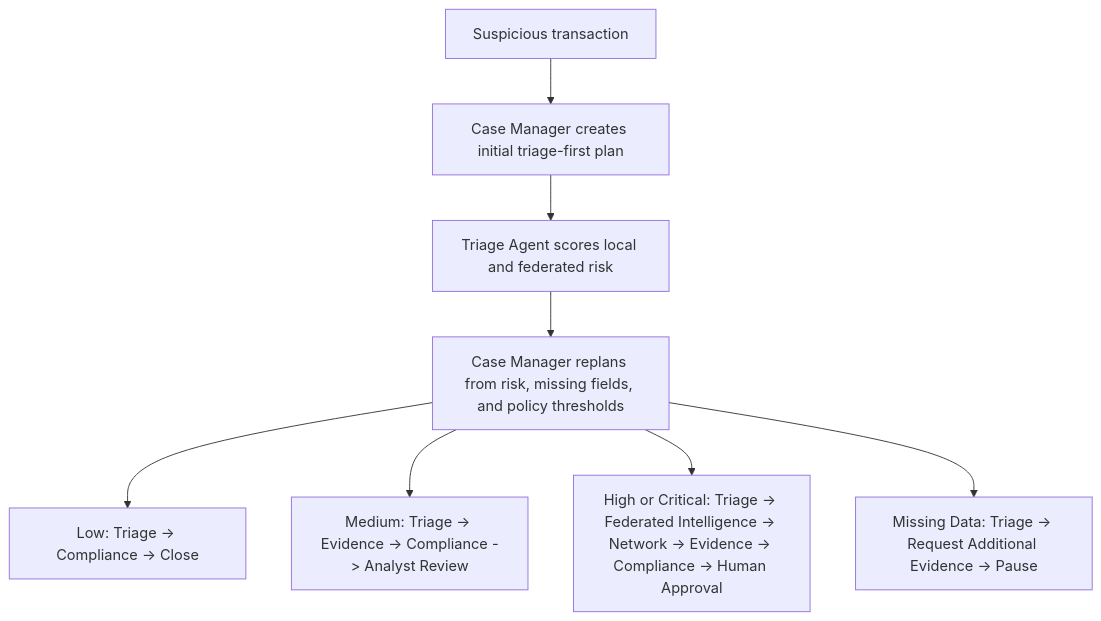
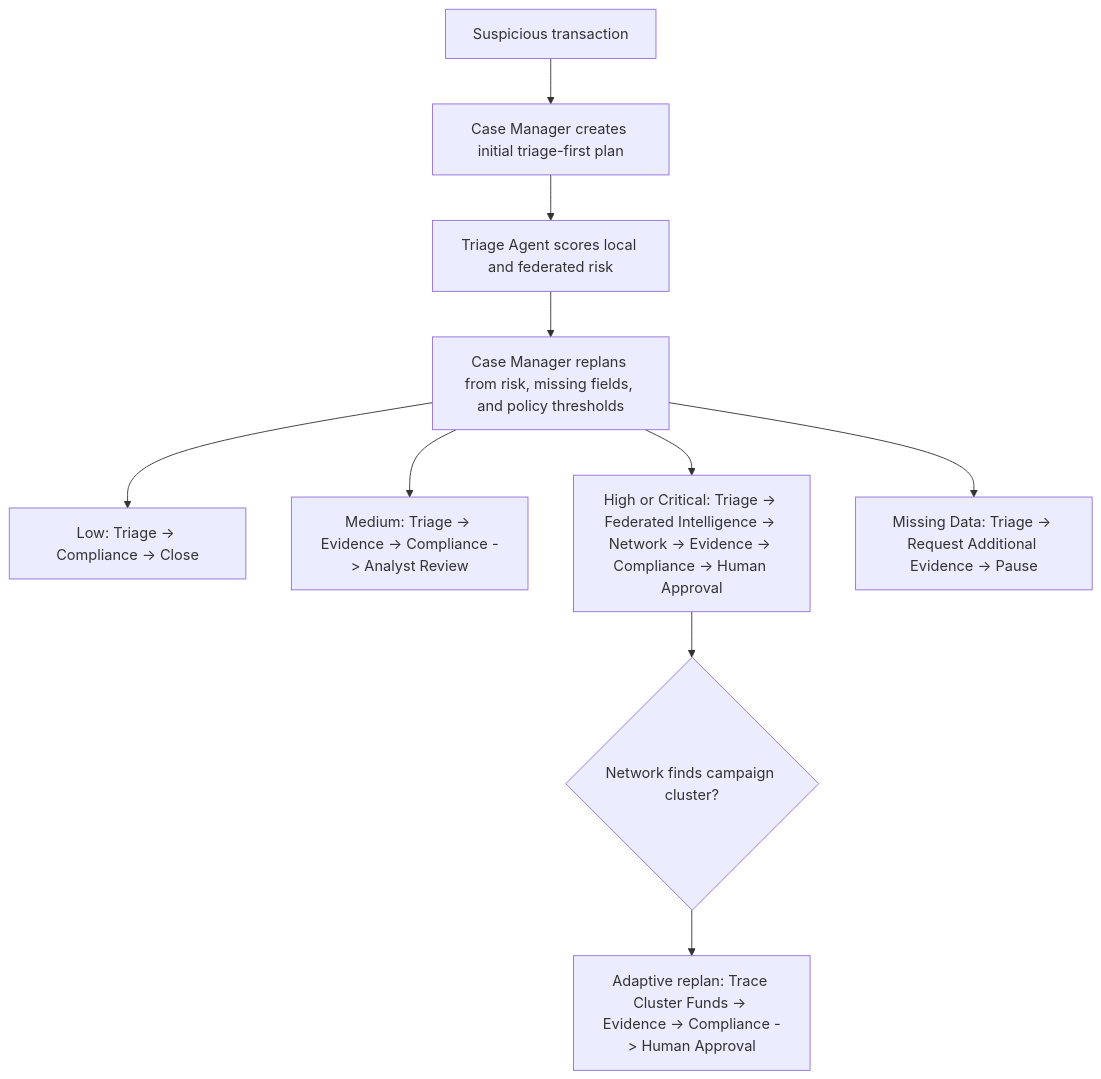
One commit to Kanghyeon5468/Tracelayer changed the second of 4 diagrams in docs/architecture.md. Above: the diagram before and after it, drawn with Mermaid. The commit also changed other lines of this file and 13 other files, not shown here.

````diff
--- a/docs/architecture.md
+++ b/docs/architecture.md
@@ -36,10 +36,12 @@
 ```mermaid
 flowchart TD
     Tx[Suspicious transaction] --> PlanA[Case Manager creates initial triage-first plan]
     PlanA --> Triage[Triage Agent scores local and federated risk]
     Triage --> PlanB[Case Manager replans from risk, missing fields, and policy thresholds]
     PlanB --> Low[Low: Triage -> Compliance -> Close]
     PlanB --> Medium[Medium: Triage -> Evidence -> Compliance -> Analyst Review]
     PlanB --> High[High or Critical: Triage -> Federated Intelligence -> Network -> Evidence -> Compliance -> Human Approval]
     PlanB --> Missing[Missing Data: Triage -> Request Additional Evidence -> Pause]
+    High --> NetworkFinding{Network finds campaign cluster?}
+    NetworkFinding --> Campaign[Adaptive replan: Trace Cluster Funds -> Evidence -> Compliance -> Human Approval]
 ```
````
